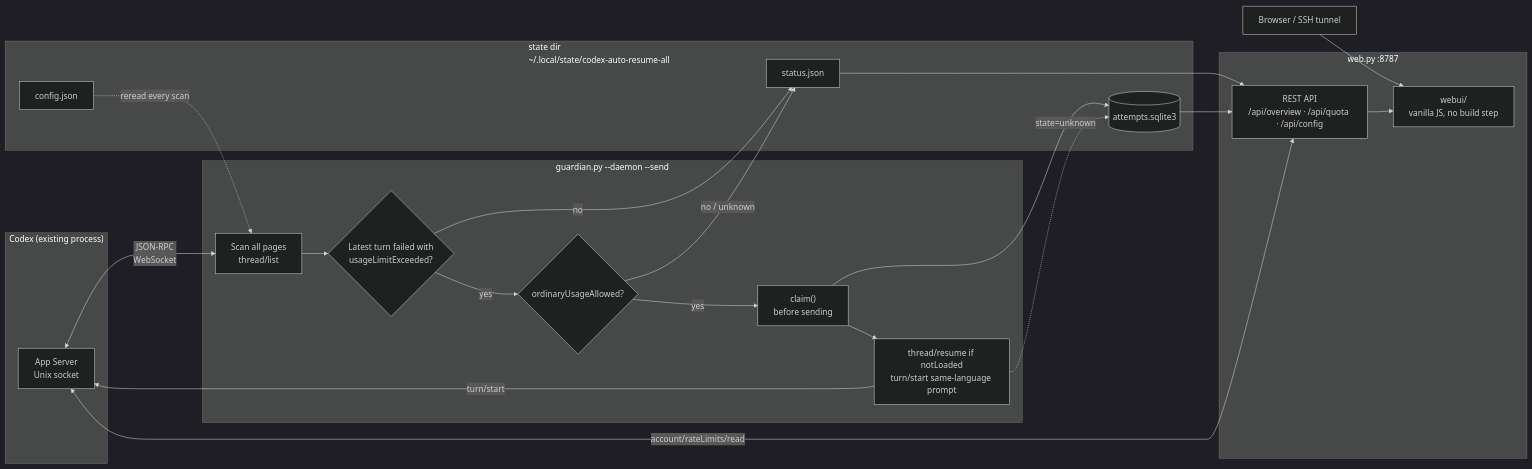
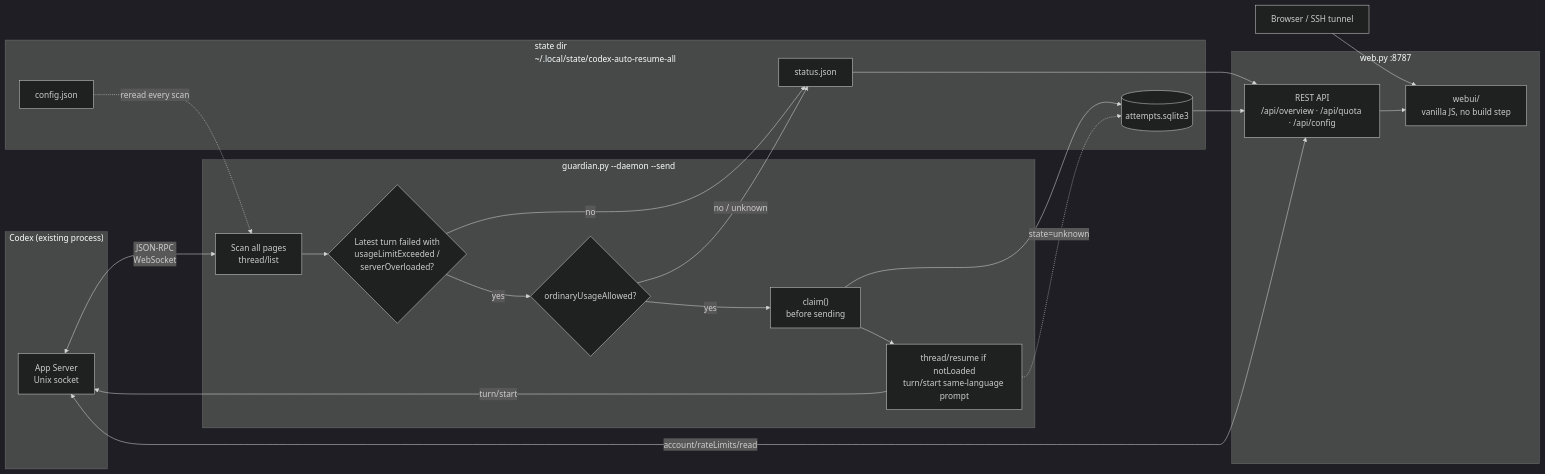
One commit to cranehuang/CodexAutoResume changed the diagram in README.md. Above: the diagram before and after it, drawn with Mermaid (dark theme). The commit also changed other lines of this file and 5 other files, not shown here.

````diff
--- a/README.md
+++ b/README.md
@@ -32,41 +35,41 @@
 ```mermaid
 flowchart LR
   Browser["Browser / SSH tunnel"] --> UI
 
   subgraph CodexSide["Codex (existing process)"]
     AS["App Server<br/>Unix socket"]
   end
 
   subgraph GuardianSide["guardian.py --daemon --send"]
     SCAN["Scan all pages<br/>thread/list"]
-    CHECK{"Latest turn failed with<br/>usageLimitExceeded?"}
+    CHECK{"Latest turn failed with<br/>usageLimitExceeded /<br/>serverOverloaded?"}
     QUOTA{"ordinaryUsageAllowed?"}
     CLAIM["claim()<br/>before sending"]
     RESUME["thread/resume if notLoaded<br/>turn/start same-language prompt"]
   end
 
   subgraph StateSide["state dir<br/>~/.local/state/codex-auto-resume-all"]
     CFG["config.json"]
     DB[("attempts.sqlite3")]
     SNAP["status.json"]
   end
 
   subgraph WebSide["web.py :8787"]
     API["REST API<br/>/api/overview · /api/quota · /api/config"]
     UI["webui/<br/>vanilla JS, no build step"]
   end
 
   CFG -. reread every scan .-> SCAN
   AS <-->|JSON-RPC<br/>WebSocket| SCAN
   SCAN --> CHECK
   CHECK -- no --> SNAP
   CHECK -- yes --> QUOTA
   QUOTA -- no / unknown --> SNAP
   QUOTA -- yes --> CLAIM --> DB
   CLAIM --> RESUME -->|turn/start| AS
   RESUME -. state=unknown .-> DB
   SNAP --> API
   DB --> API
   API --> UI
   API <-->|account/rateLimits/read| AS
 ```
````
